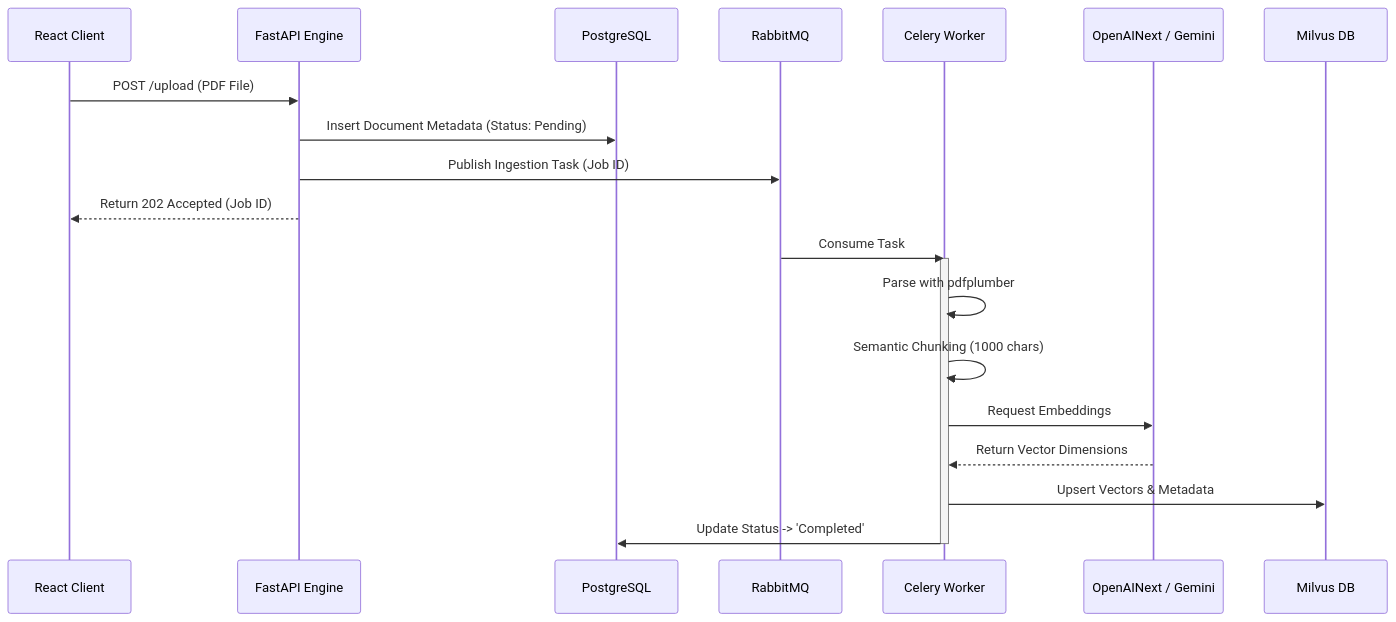
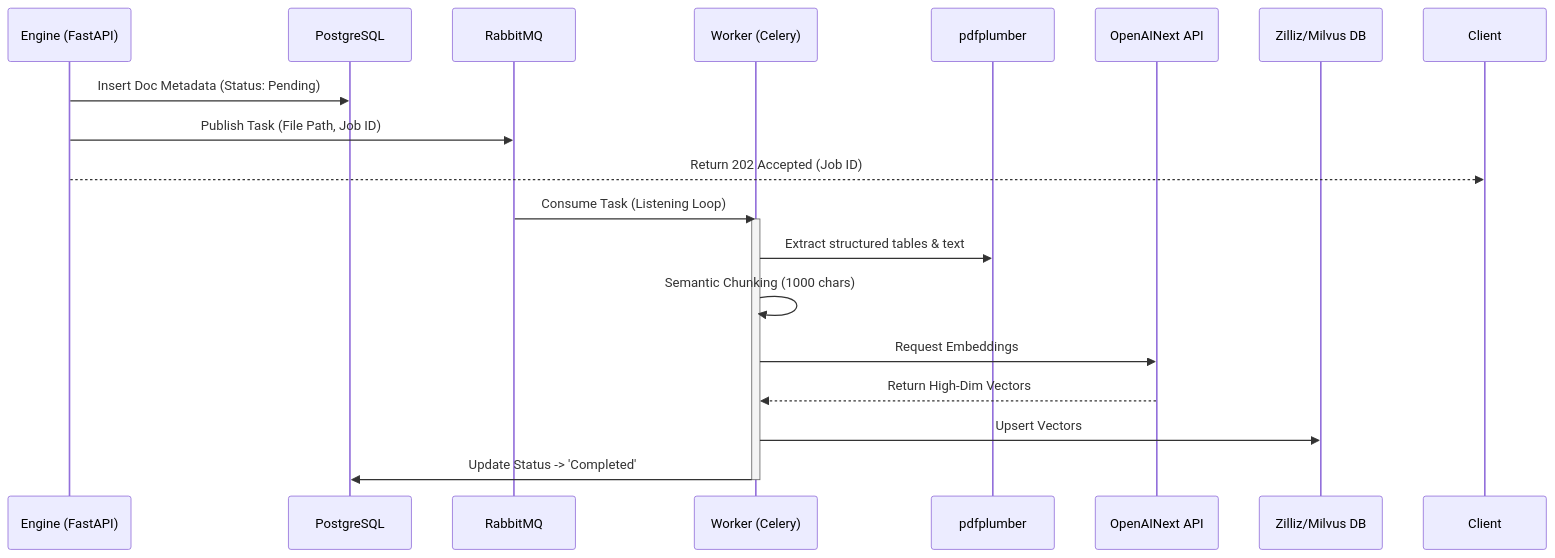
The first of 3 diagrams in README.md (joe-ging/AI_Stock_Analyst_Enterprise), drawn with Mermaid before and after one commit. The commit also changed other lines of this file, not shown here.

Commit message:
docs: Align README with Tencent Cloud Solutions Architect Master Plan

````diff
--- a/README.md
+++ b/README.md
@@ -38,25 +61,24 @@
 ```mermaid
 sequenceDiagram
-    participant UI as React Client
-    participant Engine as FastAPI Engine
+    participant Engine as Engine (FastAPI)
     participant PG as PostgreSQL
     participant MQ as RabbitMQ
-    participant Worker as Celery Worker
-    participant AI as OpenAINext / Gemini
-    participant Milvus as Milvus DB
+    participant Worker as Worker (Celery)
+    participant Parser as pdfplumber
+    participant AI as OpenAINext API
+    participant Milvus as Zilliz/Milvus DB
     
-    UI->>Engine: POST /upload (PDF File)
-    Engine->>PG: Insert Document Metadata (Status: Pending)
-    Engine->>MQ: Publish Ingestion Task (Job ID)
-    Engine-->>UI: Return 202 Accepted (Job ID)
+    Engine->>PG: Insert Doc Metadata (Status: Pending)
+    Engine->>MQ: Publish Task (File Path, Job ID)
+    Engine-->>Client: Return 202 Accepted (Job ID)
     
-    MQ->>Worker: Consume Task
+    MQ->>Worker: Consume Task (Listening Loop)
     activate Worker
-    Worker->>Worker: Parse with pdfplumber
+    Worker->>Parser: Extract structured tables & text
     Worker->>Worker: Semantic Chunking (1000 chars)
     Worker->>AI: Request Embeddings
-    AI-->>Worker: Return Vector Dimensions
-    Worker->>Milvus: Upsert Vectors & Metadata
+    AI-->>Worker: Return High-Dim Vectors
+    Worker->>Milvus: Upsert Vectors
     Worker->>PG: Update Status -> 'Completed'
     deactivate Worker
 ```
````
